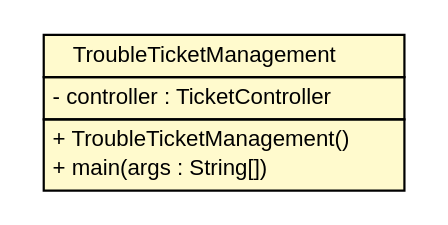
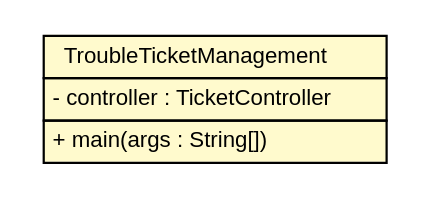
The diagram in doc/de/articmodding/TroubleTicket/TroubleTicketManagement.dot (Dr4K4n/TroubleTicketManagement), drawn with Graphviz before and after one commit. The commit also changed 58 other files, not shown here.

```diff
--- a/doc/de/articmodding/TroubleTicket/TroubleTicketManagement.dot
+++ b/doc/de/articmodding/TroubleTicket/TroubleTicketManagement.dot
@@ -1,25 +1,24 @@
 #!/usr/local/bin/dot
 #
 # Class diagram 
 # Generated by UMLGraph version 5.4 (http://www.umlgraph.org/)
 #
 
 digraph G {
 	edge [fontname="Helvetica",fontsize=10,labelfontname="Helvetica",labelfontsize=10];
 	node [fontname="Helvetica",fontsize=10,shape=plaintext];
 	nodesep=0.25;
 	ranksep=0.5;
 	// de.articmodding.TroubleTicket.TroubleTicketManagement
 	c135 [label=<<table title="de.articmodding.TroubleTicket.TroubleTicketManagement" border="0" cellborder="1" cellspacing="0" cellpadding="2" port="p" bgcolor="lemonChiffon" href="./TroubleTicketManagement.html">
 		<tr><td><table border="0" cellspacing="0" cellpadding="1">
 <tr><td align="center" balign="center"> TroubleTicketManagement </td></tr>
 		</table></td></tr>
 		<tr><td><table border="0" cellspacing="0" cellpadding="1">
 <tr><td align="left" balign="left"> - controller : TicketController </td></tr>
 		</table></td></tr>
 		<tr><td><table border="0" cellspacing="0" cellpadding="1">
-<tr><td align="left" balign="left"> + TroubleTicketManagement() </td></tr>
 <tr><td align="left" balign="left"> + main(args : String[]) </td></tr>
 		</table></td></tr>
 		</table>>, URL="./TroubleTicketManagement.html", fontname="Helvetica", fontcolor="black", fontsize=10.0];
 }
```
